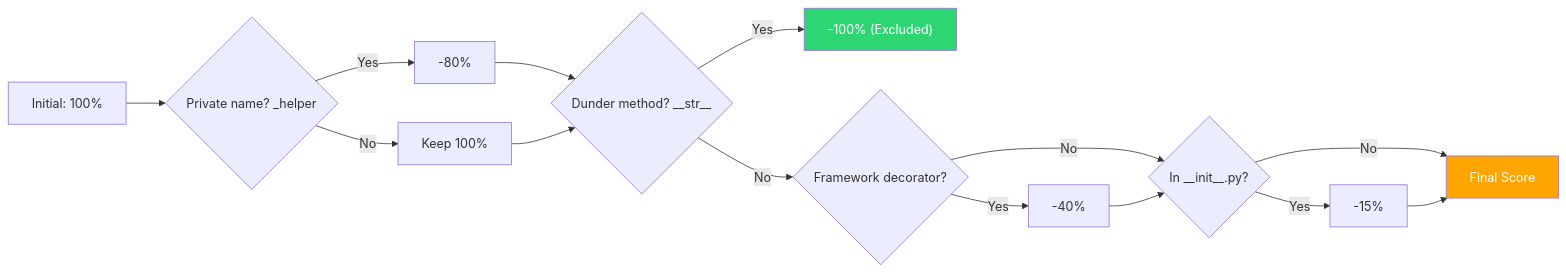
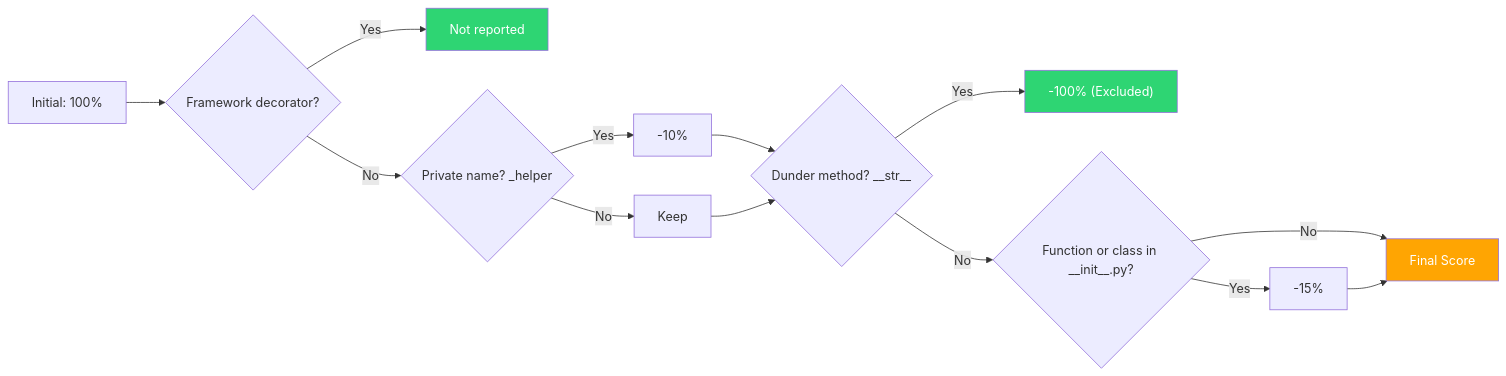
Before and after one commit to duriantaco/skylos-docs: the second of 3 diagrams in docs/dead-code-detection.mdx, drawn with Mermaid. The commit also changed other lines of this file and 59 other files, not shown here.

````diff
--- a/docs/dead-code-detection.mdx
+++ b/docs/dead-code-detection.mdx
@@ -76,23 +100,22 @@
 ```mermaid
 flowchart LR
-    A["Initial: 100%"] --> B{"Private name? _helper"}
-    B -->|Yes| C["-80%"]
-    B -->|No| D[Keep 100%]
-    
+    A["Initial: 100%"] --> G{"Framework decorator?"}
+    G -->|Yes| H["Not reported"]
+    G -->|No| B{"Private name? _helper"}
+    B -->|Yes| C["-10%"]
+    B -->|No| D[Keep]
+
     C --> E{"Dunder method? __str__"}
     D --> E
-    
+
     E -->|Yes| F["-100% (Excluded)"]
-    E -->|No| G{"Framework decorator?"}
-    
-    G -->|Yes| H["-40%"]
-    G -->|No| I{"In __init__.py?"}
-    
-    H --> I
+    E -->|No| I{"Function or class in __init__.py?"}
+
     I -->|Yes| J["-15%"]
     I -->|No| K[Final Score]
     J --> K
-    
+
     style F fill:#2ed573,color:#fff
+    style H fill:#2ed573,color:#fff
     style K fill:#ffa502,color:#fff
 ```
````
